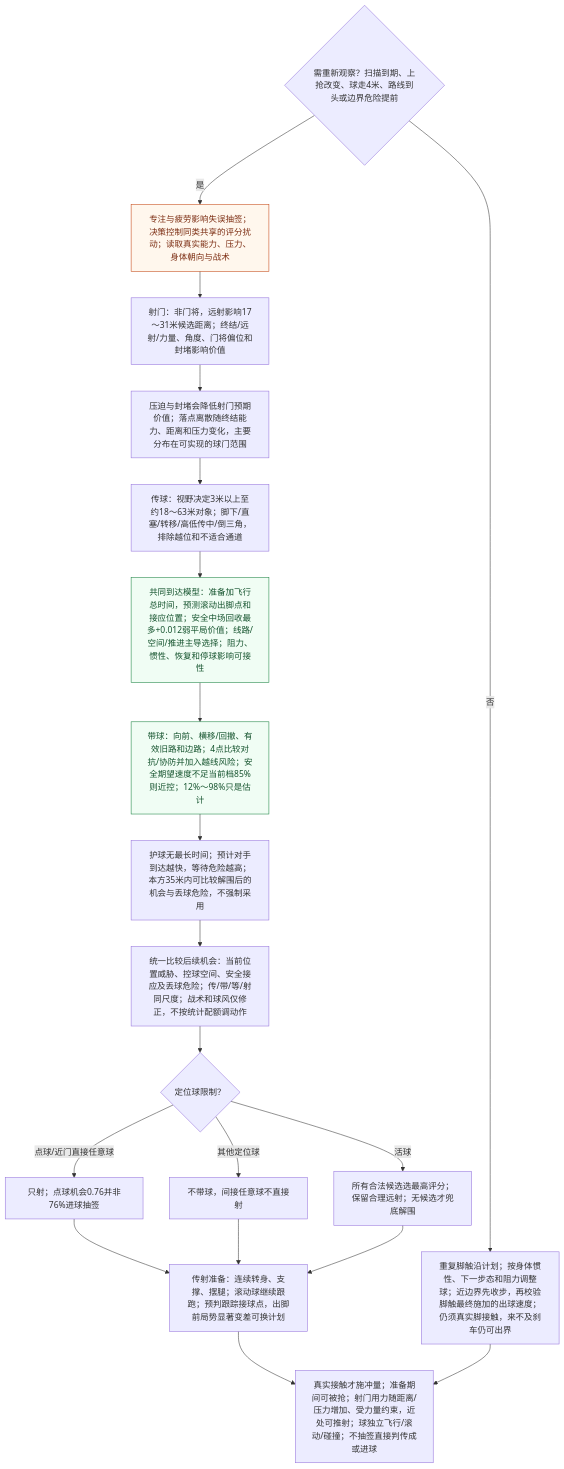
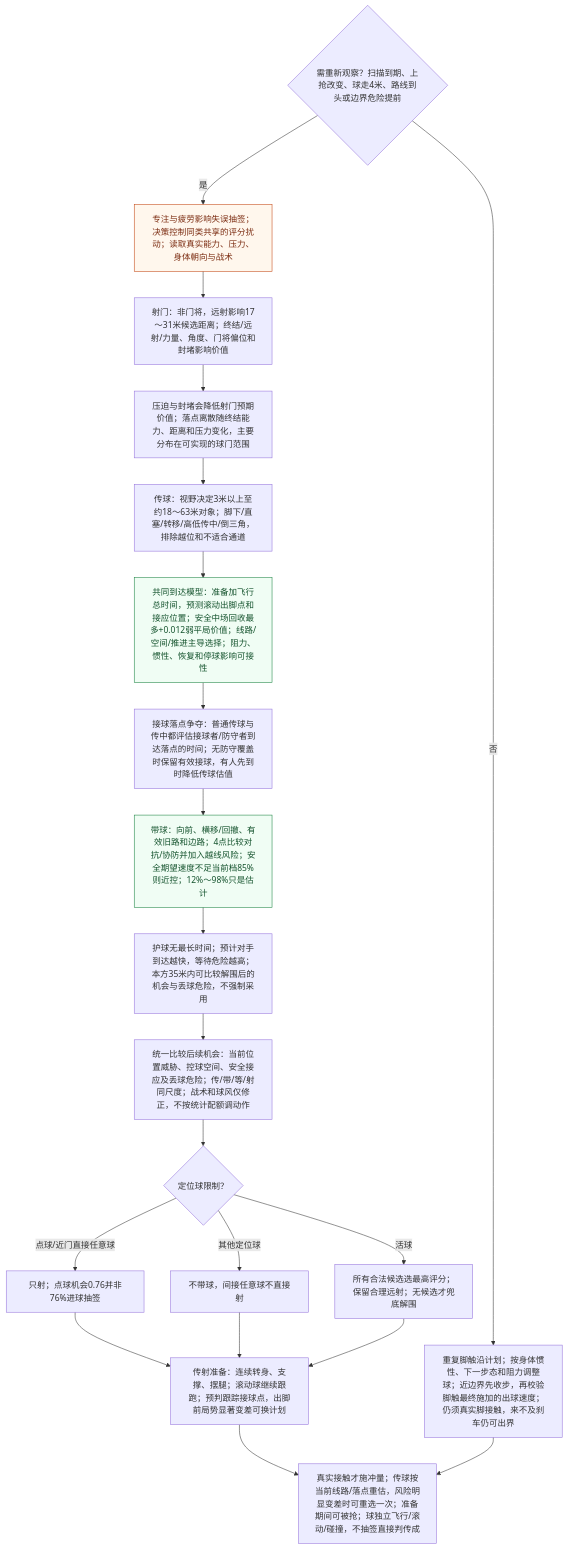
One commit to sixu3575/touchline-manager changed the fifth of 7 diagrams in packages/shared/modules/matches/design/PLAYER_DECISION_MAP.md. Above: the diagram before and after it, drawn with Mermaid. The commit also changed other lines of this file and 10 other files, not shown here.

````diff
--- a/packages/shared/modules/matches/design/PLAYER_DECISION_MAP.md
+++ b/packages/shared/modules/matches/design/PLAYER_DECISION_MAP.md
@@ -185,25 +185,26 @@
 ```mermaid
 flowchart TD
   A0{"需重新观察？扫描到期、上抢改变、球走4米、路线到头或边界危险提前"} -->|否| AM["重复脚触沿计划；按身体惯性、下一步态和阻力调整球；近边界先收步，再校验脚触最终施加的出球速度；仍须真实脚接触，来不及刹车仍可出界"]
   A0 -->|是| A1["专注与疲劳影响失误抽签；决策控制同类共享的评分扰动；读取真实能力、压力、身体朝向与战术"]
   A1 --> AS["射门：非门将，远射影响17～31米候选距离；终结/远射/力量、角度、门将偏位和封堵影响价值"]
   AS --> AS2["压迫与封堵会降低射门预期价值；落点离散随终结能力、距离和压力变化，主要分布在可实现的球门范围"]
   AS2 --> AP["传球：视野决定3米以上至约18～63米对象；脚下/直塞/转移/高低传中/倒三角，排除越位和不适合通道"]
   AP --> AR["共同到达模型：准备加飞行总时间，预测滚动出脚点和接应位置；安全中场回收最多+0.012弱平局价值；线路/空间/推进主导选择；阻力、惯性、恢复和停球影响可接性"]
-  AR --> AC["带球：向前、横移/回撤、有效旧路和边路；4点比较对抗/协防并加入越线风险；安全期望速度不足当前档85%则近控；12%～98%只是估计"]
+  AR --> AT["接球落点争夺：普通传球与传中都评估接球者/防守者到达落点的时间；无防守覆盖时保留有效接球，有人先到时降低传球估值"]
+  AT --> AC["带球：向前、横移/回撤、有效旧路和边路；4点比较对抗/协防并加入越线风险；安全期望速度不足当前档85%则近控；12%～98%只是估计"]
   AC --> AH["护球无最长时间；预计对手到达越快，等待危险越高；本方35米内可比较解围后的机会与丢球危险，不强制采用"]
   AH --> AV["统一比较后续机会：当前位置威胁、控球空间、安全接应及丢球危险；传/带/等/射同尺度；战术和球风仅修正，不按统计配额调动作"]
   AV --> AX{"定位球限制？"}
   AX -->|点球/近门直接任意球| AD["只射；点球机会0.76并非76%进球抽签"]
   AX -->|其他定位球| AF["不带球，间接任意球不直接射"]
   AX -->|活球| AB["所有合法候选选最高评分；保留合理远射；无候选才兜底解围"]
   AD --> AE["传射准备：连续转身、支撑、摆腿；滚动球继续跟跑；预判跟踪接球点，出脚前局势显著变差可换计划"]
   AF --> AE
   AB --> AE
-  AE --> AK["真实接触才施冲量；准备期间可被抢；射门用力随距离/压力增加、受力量约束，近处可推射；球独立飞行/滚动/碰撞；不抽签直接判传成或进球"]
+  AE --> AK["真实接触才施冲量；传球按当前线路/落点重估，风险明显变差时可重选一次；准备期间可被抢；球独立飞行/滚动/碰撞，不抽签直接判传成"]
   AM --> AK
   classDef draw fill:#fff7ed,stroke:#c2410c,color:#7c2d12
   classDef estimate fill:#f0fdf4,stroke:#15803d,color:#14532d
   class A1 draw
   class AR,AC estimate
 ```
````
